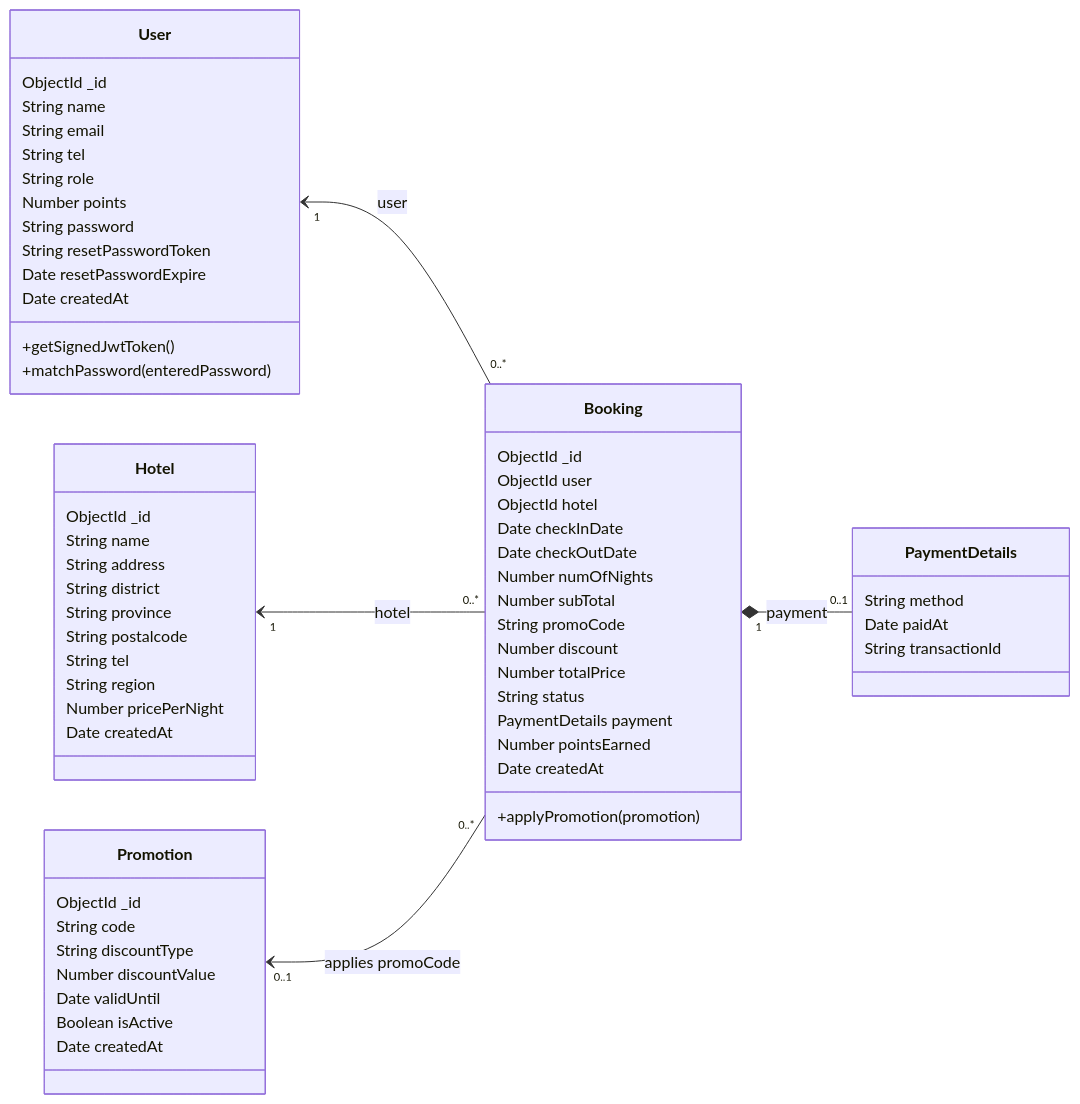
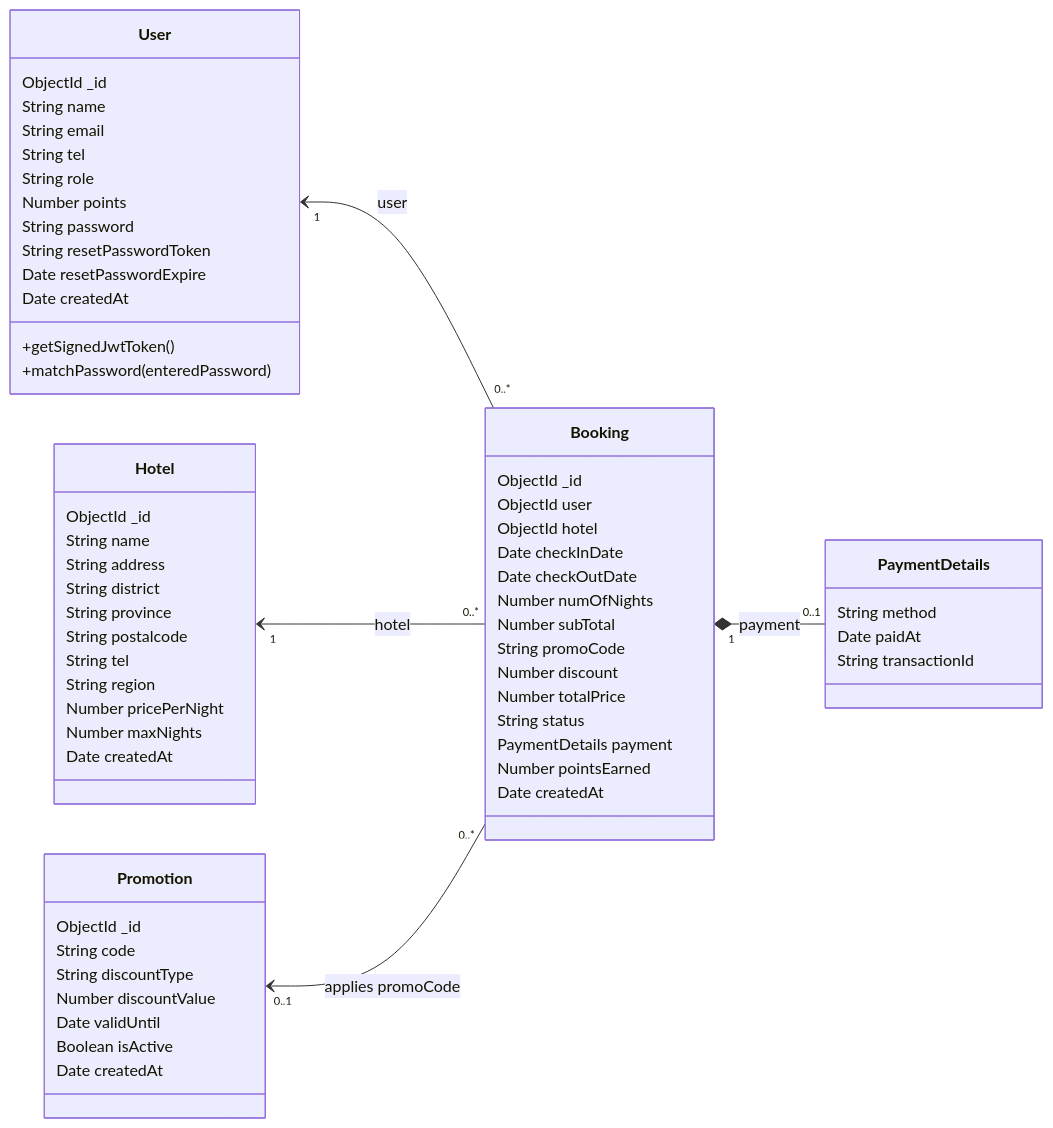
Before and after one commit to charairats/hotel_booking_system: the diagram in docs/class-diagram.md, drawn with Mermaid. The commit also changed other lines of this file and 2 other files, not shown here.

Commit message:
feat(docs): update class and sequence diagrams to include maxNights field for hotels

````diff
--- a/docs/class-diagram.md
+++ b/docs/class-diagram.md
@@ -5,71 +5,71 @@
 ```mermaid
 classDiagram
     direction LR
 
     class User {
         ObjectId _id
         String name
         String email
         String tel
         String role
         Number points
         String password
         String resetPasswordToken
         Date resetPasswordExpire
         Date createdAt
         +getSignedJwtToken()
         +matchPassword(enteredPassword)
     }
 
     class Hotel {
         ObjectId _id
         String name
         String address
         String district
         String province
         String postalcode
         String tel
         String region
         Number pricePerNight
+        Number maxNights
         Date createdAt
     }
 
     class Booking {
         ObjectId _id
         ObjectId user
         ObjectId hotel
         Date checkInDate
         Date checkOutDate
         Number numOfNights
         Number subTotal
         String promoCode
         Number discount
         Number totalPrice
         String status
         PaymentDetails payment
         Number pointsEarned
         Date createdAt
-        +applyPromotion(promotion)
     }
 
     class PaymentDetails {
         String method
         Date paidAt
         String transactionId
     }
 
     class Promotion {
         ObjectId _id
         String code
         String discountType
         Number discountValue
         Date validUntil
         Boolean isActive
         Date createdAt
     }
 
     User "1" <-- "0..*" Booking : user
     Hotel "1" <-- "0..*" Booking : hotel
     Booking "1" *-- "0..1" PaymentDetails : payment
     Promotion "0..1" <-- "0..*" Booking : applies promoCode
 ```
````
